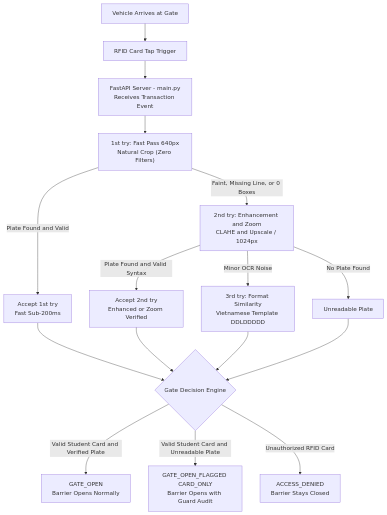
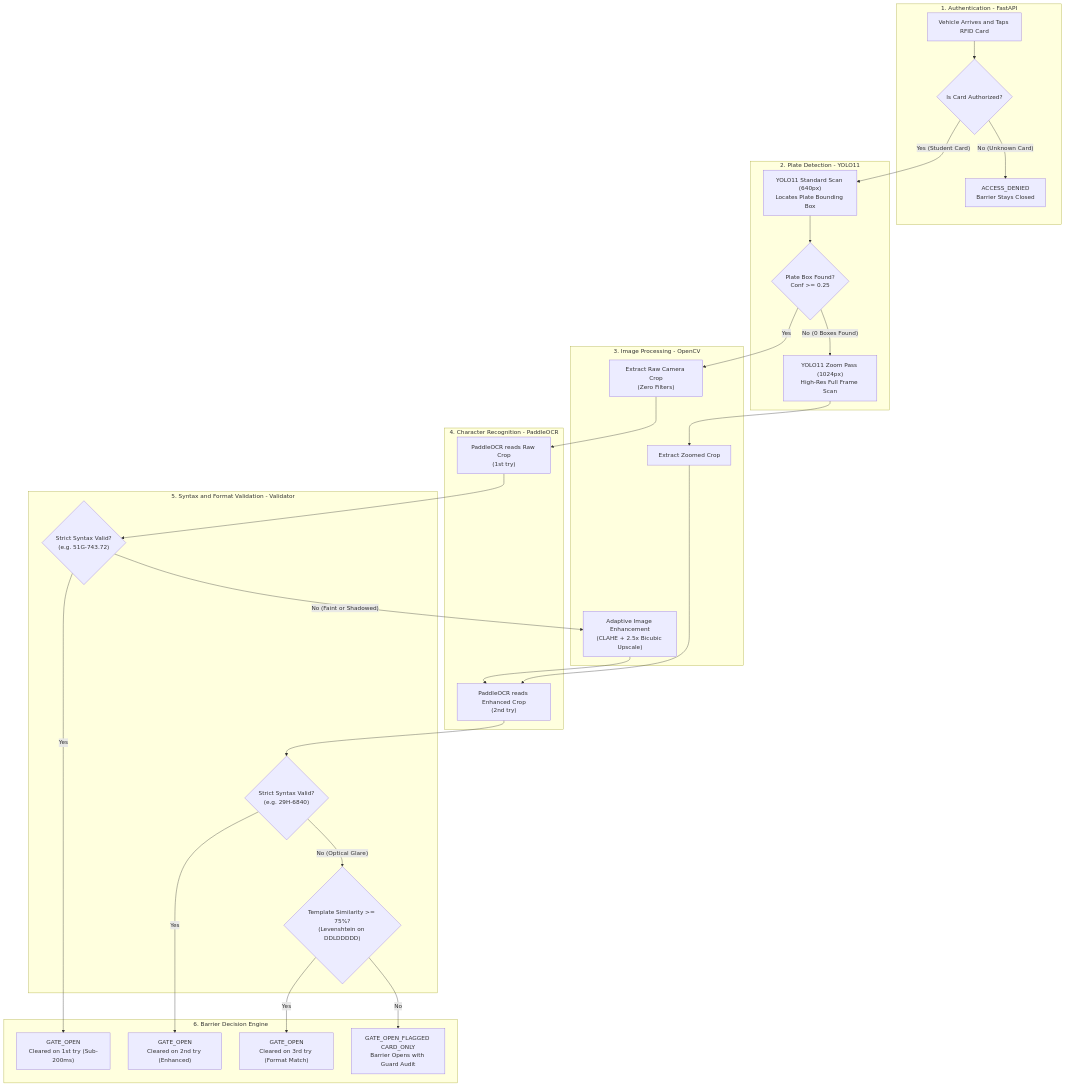
Before and after one commit to angweij1431/EIU_Licenseplatedetector: the first of 2 diagrams in README.md, drawn with Mermaid.

Commit message:
updated flowchart to be better

````diff
--- a/README.md
+++ b/README.md
@@ -23,22 +23,40 @@
 ```mermaid
 flowchart TD
-    A["Vehicle Arrives at Gate"] --> B["RFID Card Tap Trigger"]
-    B --> C["FastAPI Server - main.py<br/>Receives Transaction Event"]
-    C --> D["1st try: Fast Pass 640px<br/>Natural Crop (Zero Filters)"]
-    
-    D -->|"Plate Found and Valid"| G["Accept 1st try<br/>Fast Sub-200ms"]
-    D -->|"Faint, Missing Line, or 0 Boxes"| E["2nd try: Enhancement and Zoom<br/>CLAHE and Upscale / 1024px"]
-    
-    E -->|"Plate Found and Valid Syntax"| H["Accept 2nd try<br/>Enhanced or Zoom Verified"]
-    E -->|"Minor OCR Noise"| I["3rd try: Format Similarity<br/>Vietnamese Template DDLDDDDD"]
-    E -->|"No Plate Found"| J["Unreadable Plate"]
-    
-    G --> K{"Gate Decision Engine"}
-    H --> K
-    I --> K
-    J --> K
-    
-    K -->|"Valid Student Card and Verified Plate"| L["GATE_OPEN<br/>Barrier Opens Normally"]
-    K -->|"Valid Student Card and Unreadable Plate"| M["GATE_OPEN_FLAGGED CARD_ONLY<br/>Barrier Opens with Guard Audit"]
-    K -->|"Unauthorized RFID Card"| N["ACCESS_DENIED<br/>Barrier Stays Closed"]
+    subgraph Stage_Auth["1. Authentication - FastAPI"]
+        Start["Vehicle Arrives and Taps RFID Card"] --> CardCheck{"Is Card Authorized?"}
+        CardCheck -->|"No (Unknown Card)"| Denied["ACCESS_DENIED<br/>Barrier Stays Closed"]
+    end
+
+    subgraph Stage_YOLO["2. Plate Detection - YOLO11"]
+        CardCheck -->|"Yes (Student Card)"| YOLO1["YOLO11 Standard Scan (640px)<br/>Locates Plate Bounding Box"]
+        YOLO1 --> DetCheck{"Plate Box Found?<br/>Conf >= 0.25"}
+        DetCheck -->|"No (0 Boxes Found)"| YOLO2["YOLO11 Zoom Pass (1024px)<br/>High-Res Full Frame Scan"]
+    end
+
+    subgraph Stage_CV["3. Image Processing - OpenCV"]
+        DetCheck -->|"Yes"| RawCrop["Extract Raw Camera Crop<br/>(Zero Filters)"]
+        YOLO2 --> ZoomCrop["Extract Zoomed Crop"]
+        EnhanceCrop["Adaptive Image Enhancement<br/>(CLAHE + 2.5x Bicubic Upscale)"]
+    end
+
+    subgraph Stage_OCR["4. Character Recognition - PaddleOCR"]
+        RawCrop --> OCR1["PaddleOCR reads Raw Crop<br/>(1st try)"]
+        EnhanceCrop --> OCR2["PaddleOCR reads Enhanced Crop<br/>(2nd try)"]
+        ZoomCrop --> OCR2
+    end
+
+    subgraph Stage_Val["5. Syntax and Format Validation - Validator"]
+        OCR1 --> Val1{"Strict Syntax Valid?<br/>(e.g. 51G-743.72)"}
+        Val1 -->|"No (Faint or Shadowed)"| EnhanceCrop
+        
+        OCR2 --> Val2{"Strict Syntax Valid?<br/>(e.g. 29H-6840)"}
+        Val2 -->|"No (Optical Glare)"| SimCheck{"Template Similarity >= 75%?<br/>(Levenshtein on DDLDDDDD)"}
+    end
+
+    subgraph Stage_Gate["6. Barrier Decision Engine"]
+        Val1 -->|"Yes"| Gate1["GATE_OPEN<br/>Cleared on 1st try (Sub-200ms)"]
+        Val2 -->|"Yes"| Gate2["GATE_OPEN<br/>Cleared on 2nd try (Enhanced)"]
+        SimCheck -->|"Yes"| Gate3["GATE_OPEN<br/>Cleared on 3rd try (Format Match)"]
+        SimCheck -->|"No"| GateFlag["GATE_OPEN_FLAGGED CARD_ONLY<br/>Barrier Opens with Guard Audit"]
+    end
 ```
````
